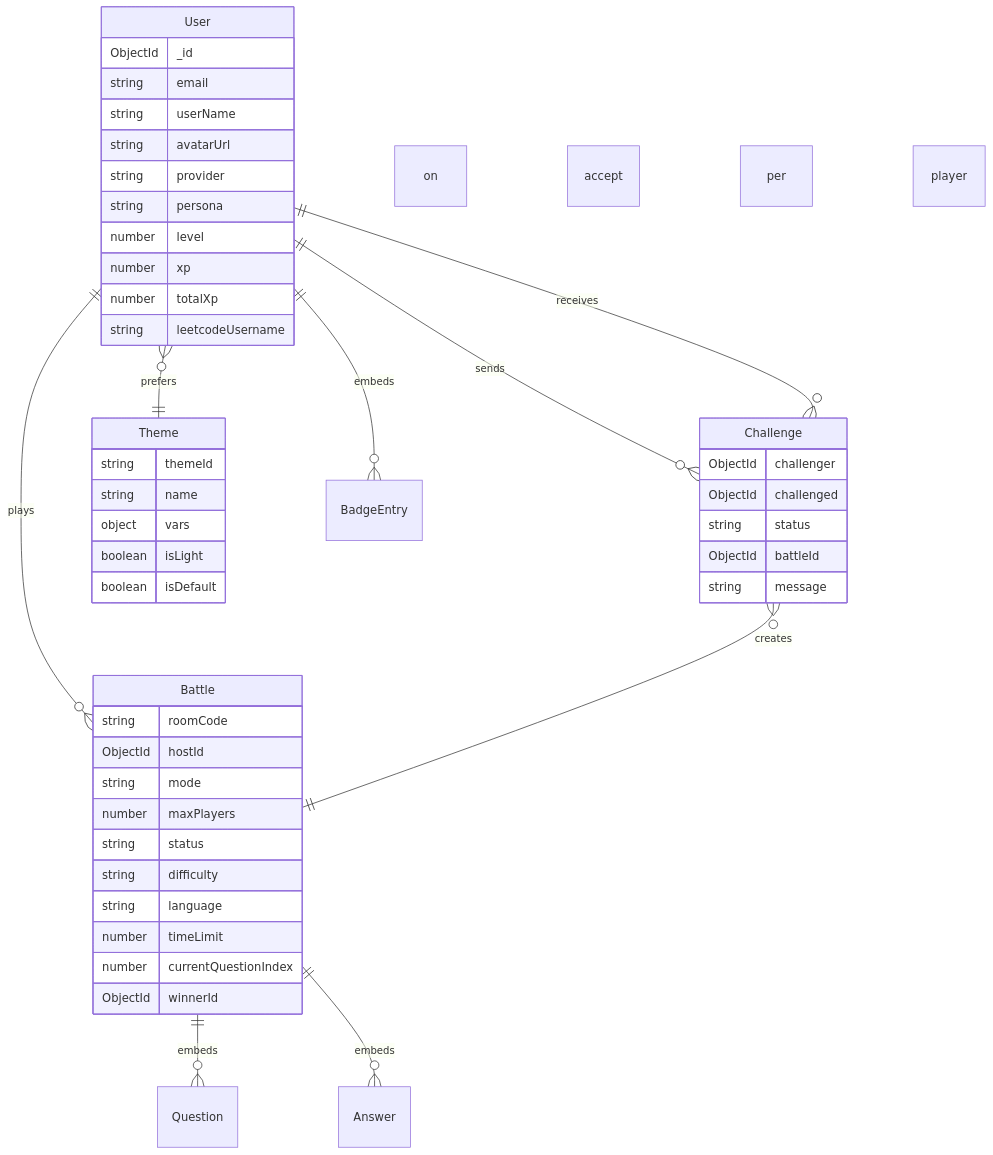
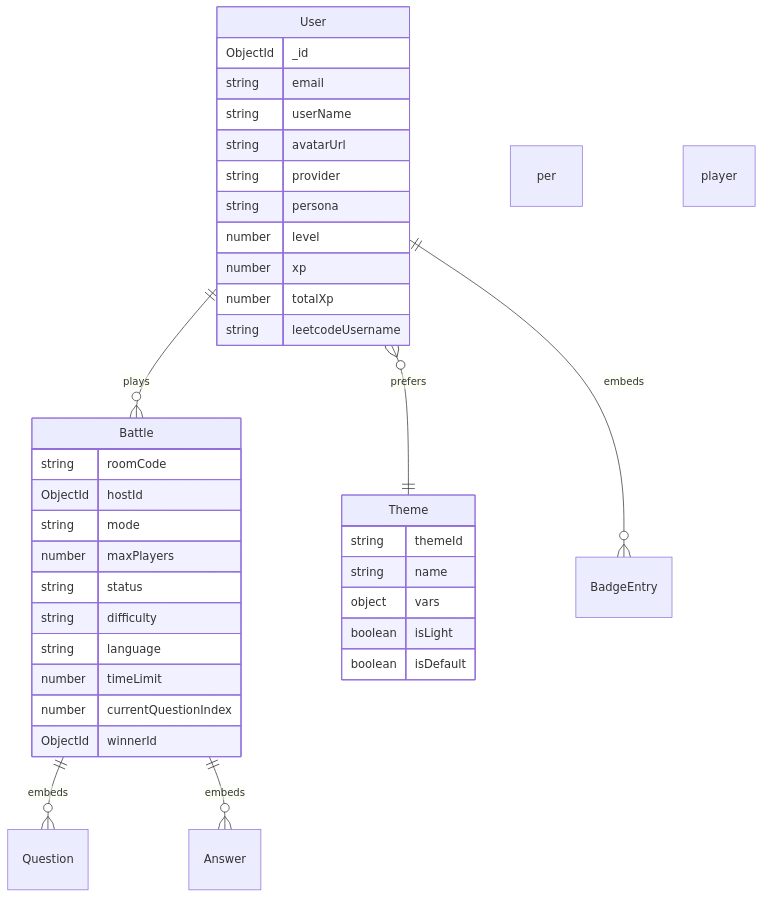
Before and after one commit to VivekJadhav2001/Dev-Arena: the diagram in DEVARENA_SPEC.md, drawn with Mermaid. The commit also changed other lines of this file and 71 other files, not shown here.

````diff
--- a/DEVARENA_SPEC.md
+++ b/DEVARENA_SPEC.md
@@ -108,50 +129,40 @@
 ```mermaid
 erDiagram
     User ||--o{ Battle : plays
-    User ||--o{ Challenge : sends
-    User ||--o{ Challenge : receives
-    Challenge }o--|| Battle : creates on accept
     User }o--|| Theme : prefers
     Battle ||--o{ Question : embeds
     Battle ||--o{ Answer : embeds per player
     User ||--o{ BadgeEntry : embeds
 
     User {
         ObjectId _id
         string email
         string userName
         string avatarUrl
         string provider
         string persona
         number level
         number xp
         number totalXp
         string leetcodeUsername
     }
     Battle {
         string roomCode
         ObjectId hostId
         string mode
         number maxPlayers
         string status
         string difficulty
         string language
         number timeLimit
         number currentQuestionIndex
         ObjectId winnerId
     }
-    Challenge {
-        ObjectId challenger
-        ObjectId challenged
-        string status
-        ObjectId battleId
-        string message
-    }
     Theme {
         string themeId
         string name
         object vars
         boolean isLight
         boolean isDefault
     }
 ```
````
